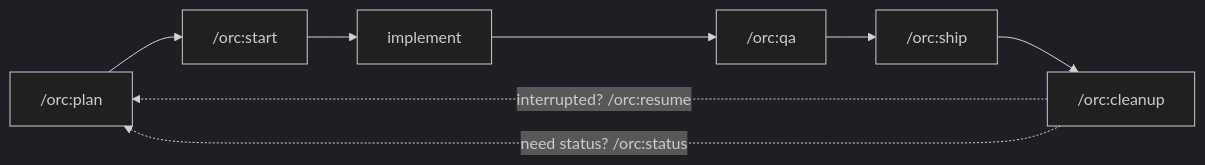
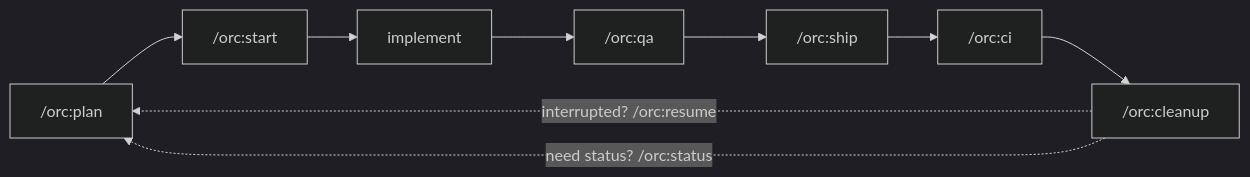
Before and after one commit to HigorAlves/orc: the diagram in README.md, drawn with Mermaid (dark theme). The commit also changed other lines of this file and 161 other files, not shown here.

````diff
--- a/README.md
+++ b/README.md
@@ -84,6 +85,6 @@
 ```mermaid
 flowchart LR
-    plan["/orc:plan"] --> start["/orc:start"] --> impl["implement"] --> qa["/orc:qa"] --> ship["/orc:ship"] --> cleanup["/orc:cleanup"]
+    plan["/orc:plan"] --> start["/orc:start"] --> impl["implement"] --> qa["/orc:qa"] --> ship["/orc:ship"] --> ci["/orc:ci"] --> cleanup["/orc:cleanup"]
     cleanup -.->|"interrupted? /orc:resume"| plan
     cleanup -.->|"need status? /orc:status"| plan
 ```
````
